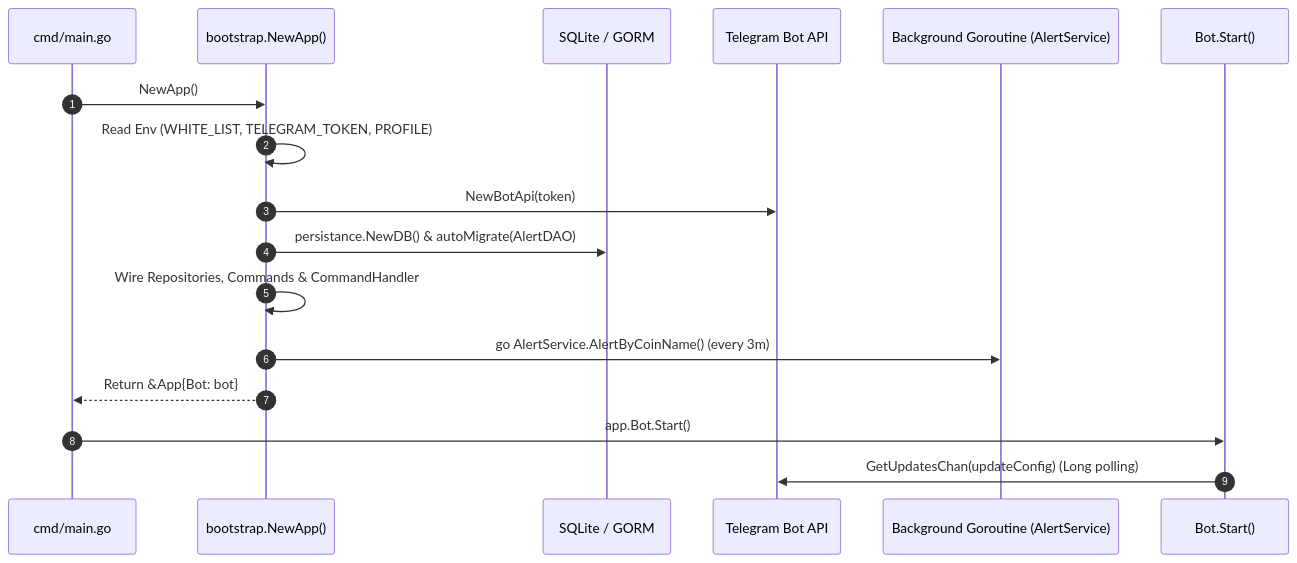
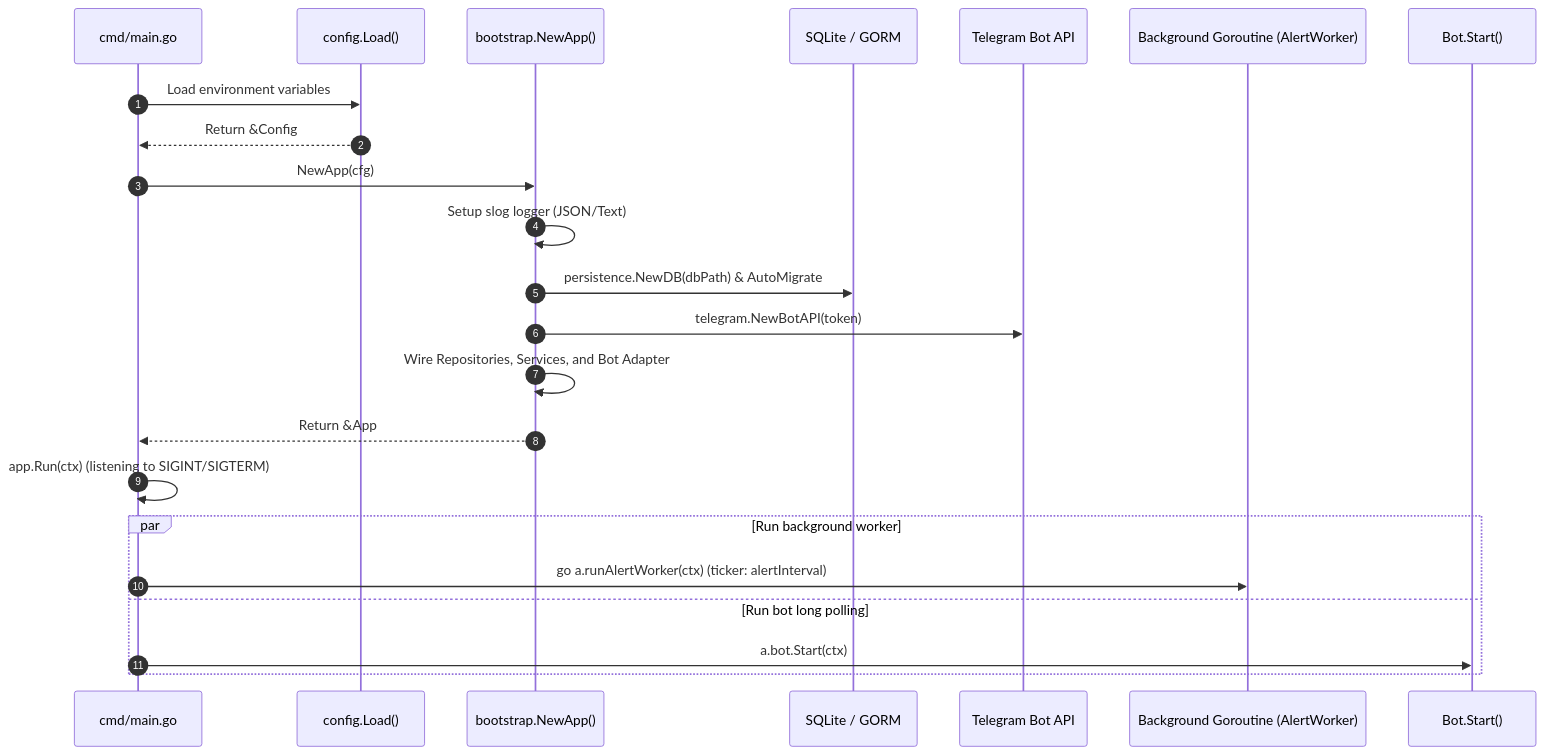
One commit to wyveriano/crypto-record-bot changed the second of 8 diagrams in README.md. Above: the diagram before and after it, drawn with Mermaid. The commit also changed other lines of this file and 23 other files, not shown here.

Commit message:
refactor: implement pure hexagonal architecture, graceful shutdown, context propagation, and structured logging

````diff
--- a/README.md
+++ b/README.md
@@ -167,20 +157,26 @@
 ```mermaid
 sequenceDiagram
     autonumber
     participant Main as cmd/main.go
+    participant Config as config.Load()
     participant Bootstrap as bootstrap.NewApp()
     participant DB as SQLite / GORM
     participant TG as Telegram Bot API
-    participant Worker as Background Goroutine (AlertService)
+    participant Worker as Background Goroutine (AlertWorker)
     participant Bot as Bot.Start()
 
-    Main->>Bootstrap: NewApp()
-    Bootstrap->>Bootstrap: Read Env (WHITE_LIST, TELEGRAM_TOKEN, PROFILE)
-    Bootstrap->>TG: NewBotApi(token)
-    Bootstrap->>DB: persistance.NewDB() & autoMigrate(AlertDAO)
-    Bootstrap->>Bootstrap: Wire Repositories, Commands & CommandHandler
-    Bootstrap->>Worker: go AlertService.AlertByCoinName() (every 3m)
-    Bootstrap-->>Main: Return &App{Bot: bot}
-    Main->>Bot: app.Bot.Start()
-    Bot->>TG: GetUpdatesChan(updateConfig) (Long polling)
+    Main->>Config: Load environment variables
+    Config-->>Main: Return &Config
+    Main->>Bootstrap: NewApp(cfg)
+    Bootstrap->>Bootstrap: Setup slog logger (JSON/Text)
+    Bootstrap->>DB: persistence.NewDB(dbPath) & AutoMigrate
+    Bootstrap->>TG: telegram.NewBotAPI(token)
+    Bootstrap->>Bootstrap: Wire Repositories, Services, and Bot Adapter
+    Bootstrap-->>Main: Return &App
+    Main->>Main: app.Run(ctx) (listening to SIGINT/SIGTERM)
+    par Run background worker
+        Main->>Worker: go a.runAlertWorker(ctx) (ticker: alertInterval)
+    and Run bot long polling
+        Main->>Bot: a.bot.Start(ctx)
+    end
 ```
````
